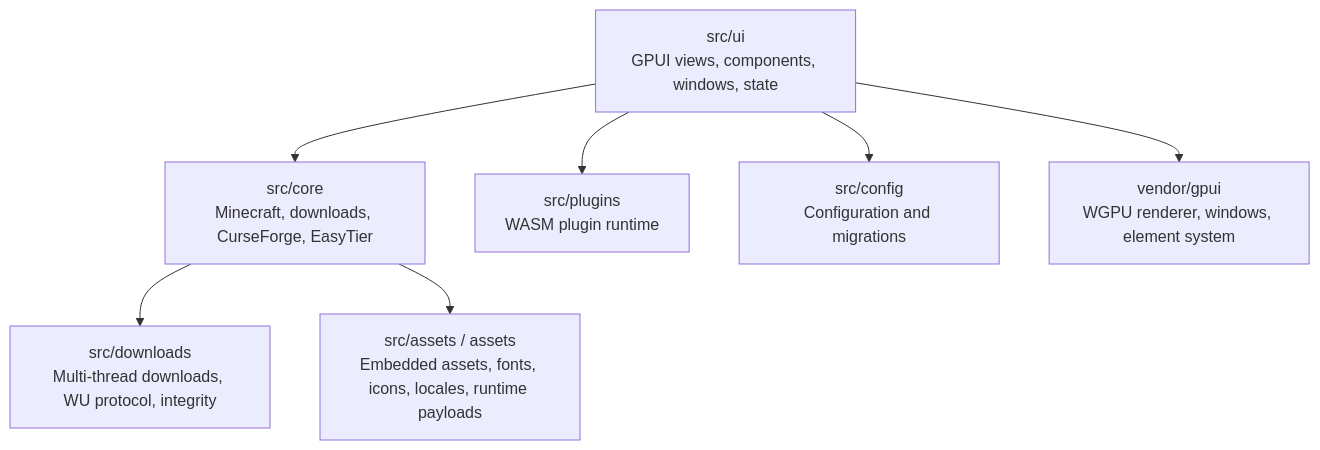
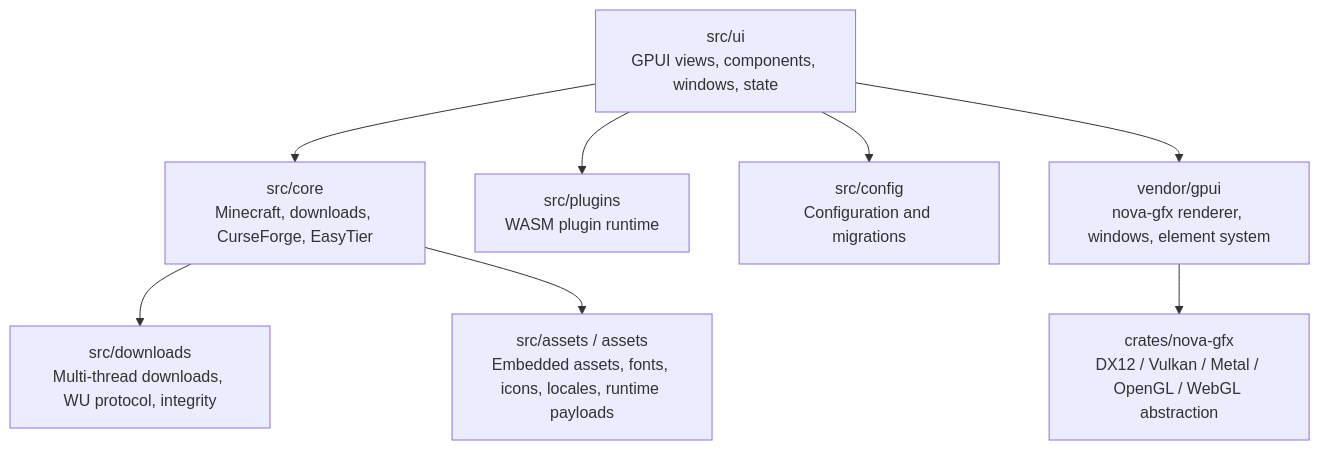
The diagram in README.en.md (Chlna6666/Better-Minecraft-Bedrock-Launcher), drawn with Mermaid before and after one commit. The commit also changed other lines of this file and 157 other files, not shown here.

````diff
--- a/README.en.md
+++ b/README.en.md
@@ -144,9 +144,10 @@
 ```mermaid
 flowchart TD
     UI["src/ui\nGPUI views, components, windows, state"] --> Core["src/core\nMinecraft, downloads, CurseForge, EasyTier"]
     UI --> Plugins["src/plugins\nWASM plugin runtime"]
     UI --> Config["src/config\nConfiguration and migrations"]
     Core --> Downloads["src/downloads\nMulti-thread downloads, WU protocol, integrity"]
     Core --> Assets["src/assets / assets\nEmbedded assets, fonts, icons, locales, runtime payloads"]
-    UI --> GPUI["vendor/gpui\nWGPU renderer, windows, element system"]
+    UI --> GPUI["vendor/gpui\nnova-gfx renderer, windows, element system"]
+    GPUI --> Nova["crates/nova-gfx\nDX12 / Vulkan / Metal / OpenGL / WebGL abstraction"]
 ```
````
